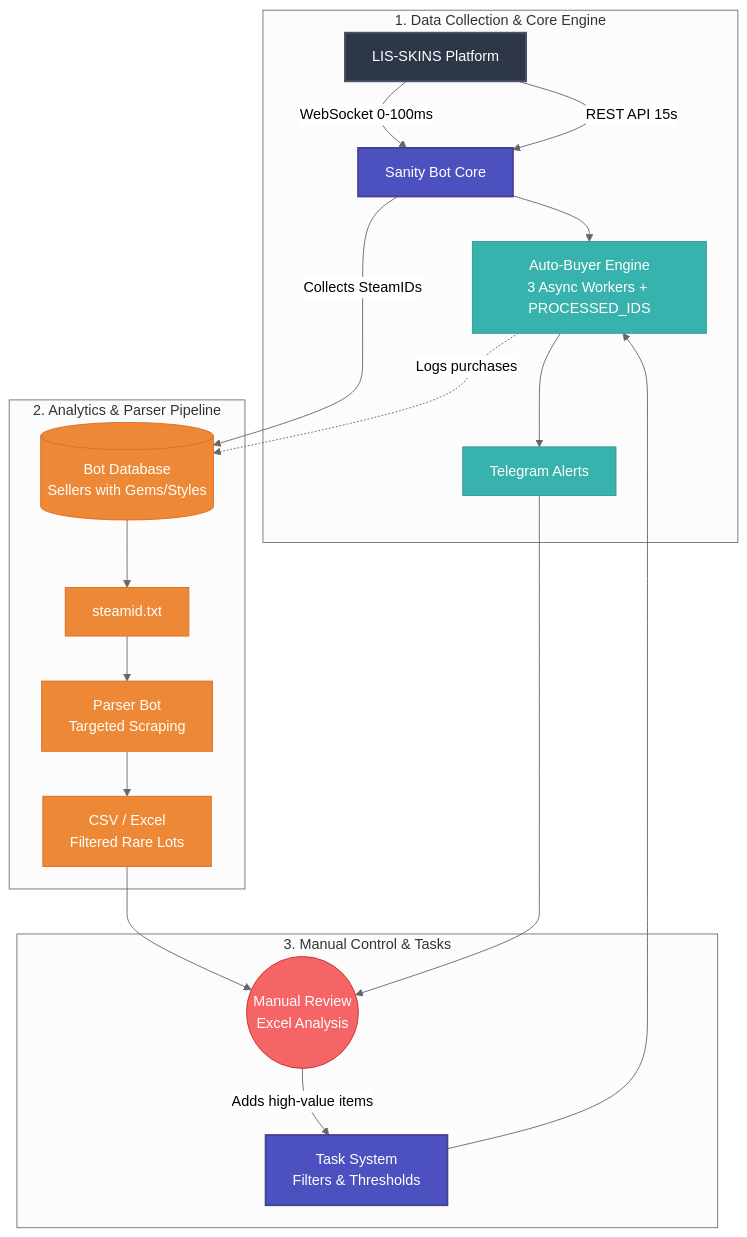
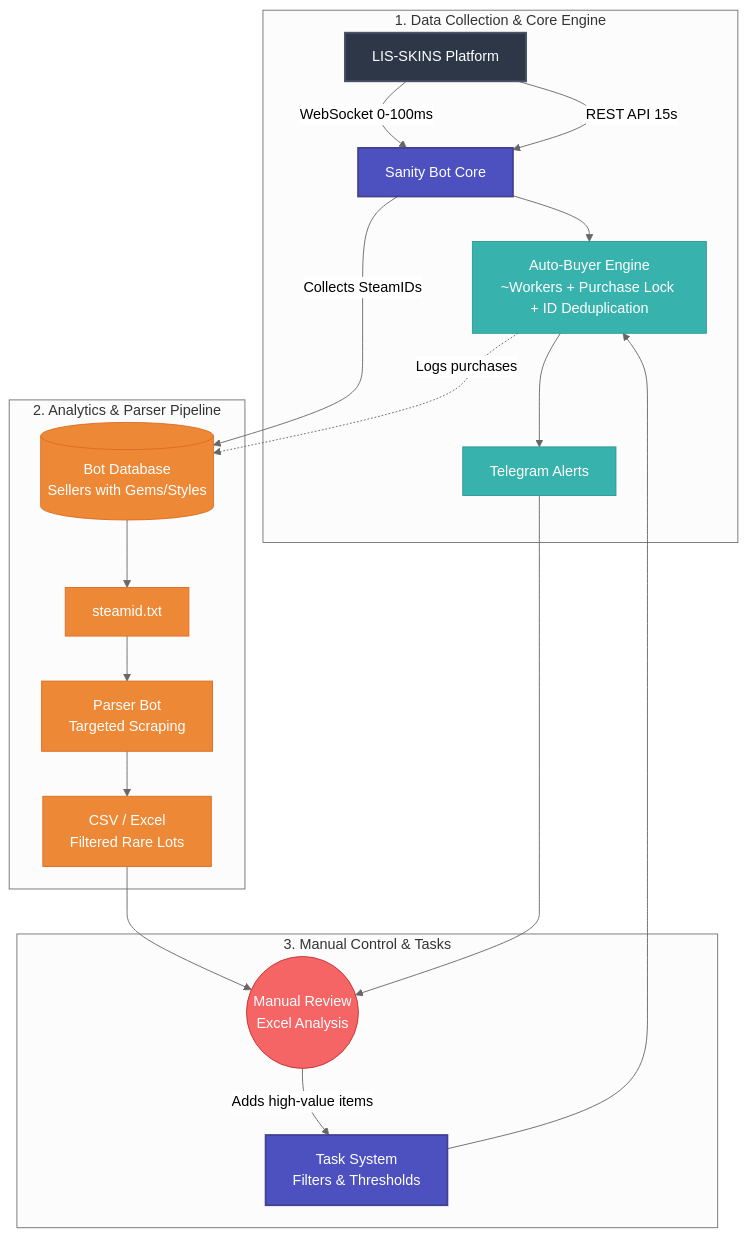
One commit to sleepti3ht/SanityBot changed the diagram in README.md. Above: the diagram before and after it, drawn with Mermaid (neutral theme). The commit also changed other lines of this file, not shown here.

First line of the commit message:
Revise README for architecture and reliability updates

````diff
--- a/README.md
+++ b/README.md
@@ -51,36 +51,36 @@
 ```mermaid
 graph TD
 %% --- Styles ---
 classDef source fill:#2d3748,stroke:#4a5568,color:#fff,stroke-width:2px;
 classDef core fill:#4c51bf,stroke:#434190,color:#fff,stroke-width:2px;
 classDef auto fill:#38b2ac,stroke:#319795,color:#fff;
 classDef analytics fill:#ed8936,stroke:#dd6b20,color:#fff;
 classDef user fill:#f56565,stroke:#c53030,color:#fff;
 
 %% --- Block 1: Sources & Core Engine ---
 subgraph "1. Data Collection & Core Engine"
 A[LIS-SKINS Platform]:::source -->|WebSocket 0-100ms| B[Sanity Bot Core]:::core
 A -->|REST API 15s| B
-B --> C[Auto-Buyer Engine<br/>3 Async Workers + PROCESSED_IDS]:::auto
+B --> C[Auto-Buyer Engine<br/>~Workers + Purchase Lock + ID Deduplication]:::auto
 C --> D[Telegram Alerts]:::auto
 end
 
 %% --- Block 2: Analytics Pipeline ---
 subgraph "2. Analytics & Parser Pipeline"
 B -->|Collects SteamIDs| E[(Bot Database<br/>Sellers with Gems/Styles)]:::analytics
 E --> F[steamid.txt]:::analytics
 F --> G[Parser Bot<br/>Targeted Scraping]:::analytics
 G --> H[CSV / Excel<br/>Filtered Rare Lots]:::analytics
 end
 
 %% --- Block 3: Manual Control & Feedback ---
 subgraph "3. Manual Control & Tasks"
 H --> I((Manual Review<br/>Excel Analysis)):::user
 I -->|Adds high-value items| J[Task System<br/>Filters & Thresholds]:::core
 J --> C
 D --> I
 end
 
 %% --- Connections ---
 C -.->|Logs purchases| E
 ```
````
